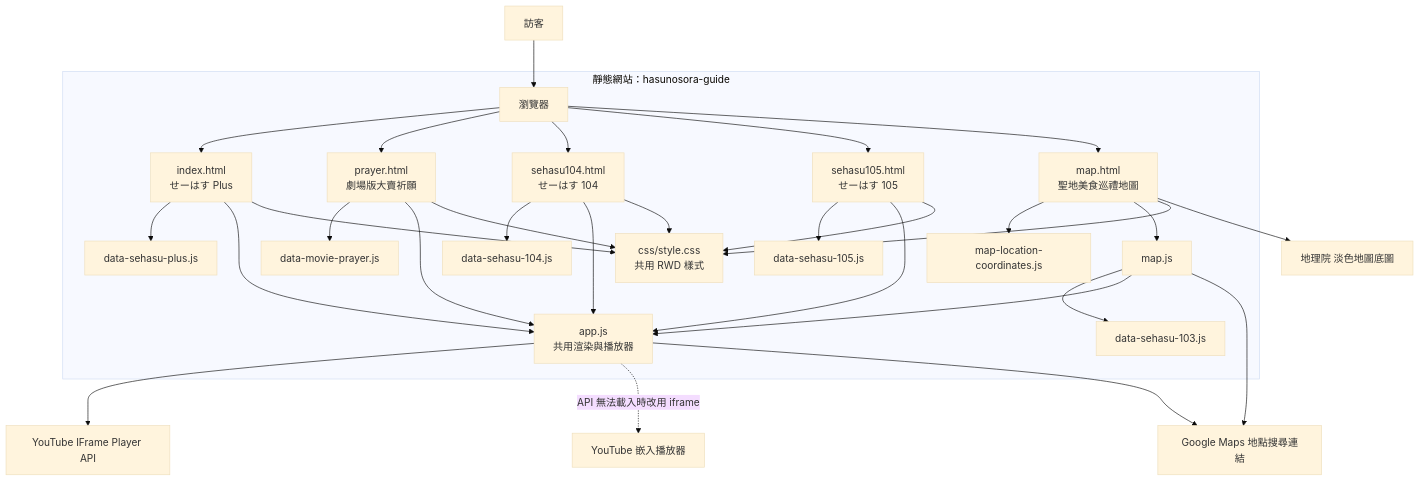
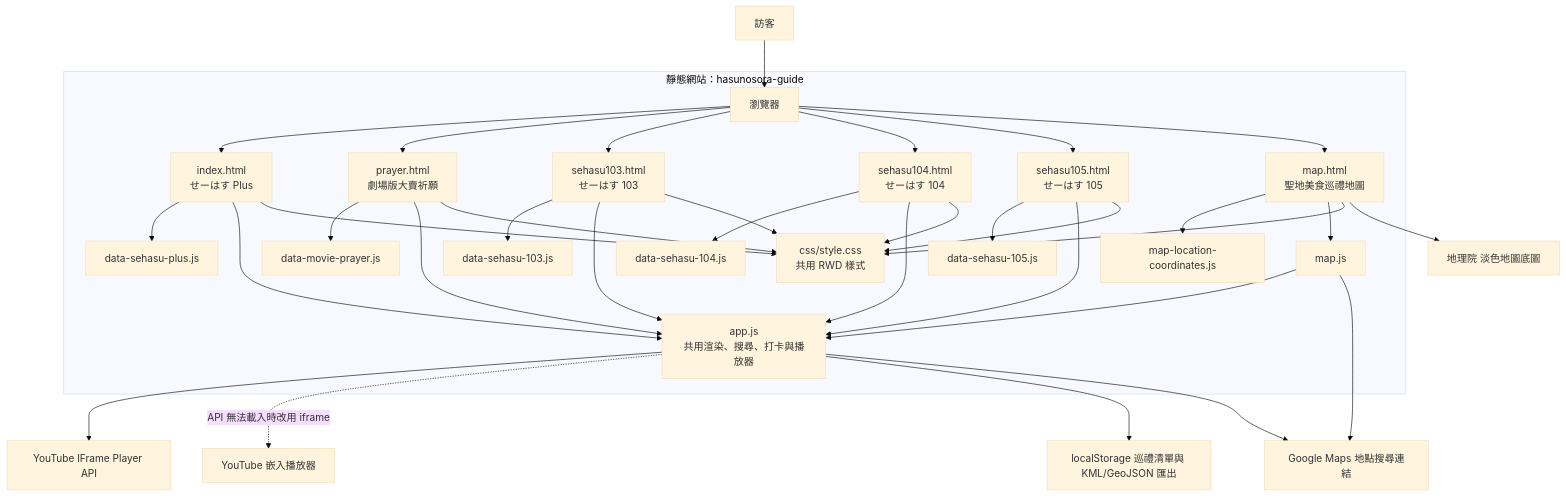
One commit to SakakiFu/SakakiFu.github.io changed the diagram in hasunosora-guide/README.md. Above: the diagram before and after it, drawn with Mermaid (base theme). The commit also changed other lines of this file and 11 other files, not shown here.

Commit message:
Feat: add sehasu103 page, pilgrimage check-ins & KML/GeoJSON export, global search/unit filter, deep linking, and complete all missing videoIds

````diff
--- a/hasunosora-guide/README.md
+++ b/hasunosora-guide/README.md
@@ -54,38 +58,42 @@
 ```mermaid
 flowchart TD
     Visitor[訪客] --> Browser[瀏覽器]
 
     subgraph Site[靜態網站：hasunosora-guide]
         Browser --> Plus[index.html<br/>せーはす Plus]
         Browser --> Prayer[prayer.html<br/>劇場版大賣祈願]
+        Browser --> Sehasu103[sehasu103.html<br/>せーはす 103]
         Browser --> Sehasu104[sehasu104.html<br/>せーはす 104]
         Browser --> Sehasu105[sehasu105.html<br/>せーはす 105]
         Browser --> Map[map.html<br/>聖地美食巡禮地圖]
 
         Plus --> PlusData[data-sehasu-plus.js]
         Prayer --> PrayerData[data-movie-prayer.js]
-        MapScript --> Sehasu103Data[data-sehasu-103.js]
+        Sehasu103 --> Sehasu103Data[data-sehasu-103.js]
         Sehasu104 --> Sehasu104Data[data-sehasu-104.js]
         Sehasu105 --> Sehasu105Data[data-sehasu-105.js]
 
-        Plus --> App[app.js<br/>共用渲染與播放器]
+        Plus --> App[app.js<br/>共用渲染、搜尋、打卡與播放器]
         Prayer --> App
+        Sehasu103 --> App
         Sehasu104 --> App
         Sehasu105 --> App
         Plus --> Style[css/style.css<br/>共用 RWD 樣式]
         Prayer --> Style
+        Sehasu103 --> Style
         Sehasu104 --> Style
         Sehasu105 --> Style
 
         Map --> MapData[map-location-coordinates.js]
         Map --> MapScript[map.js]
         MapScript --> App
         Map --> Style
     end
 
     App --> YouTube[YouTube IFrame Player API]
     App -. API 無法載入時改用 iframe .-> Embed[YouTube 嵌入播放器]
+    App --> Storage[localStorage 巡禮清單與 KML/GeoJSON 匯出]
     Map --> Tiles[地理院 淡色地圖底圖]
     App --> Maps[Google Maps 地點搜尋連結]
     MapScript --> Maps
 ```
````
